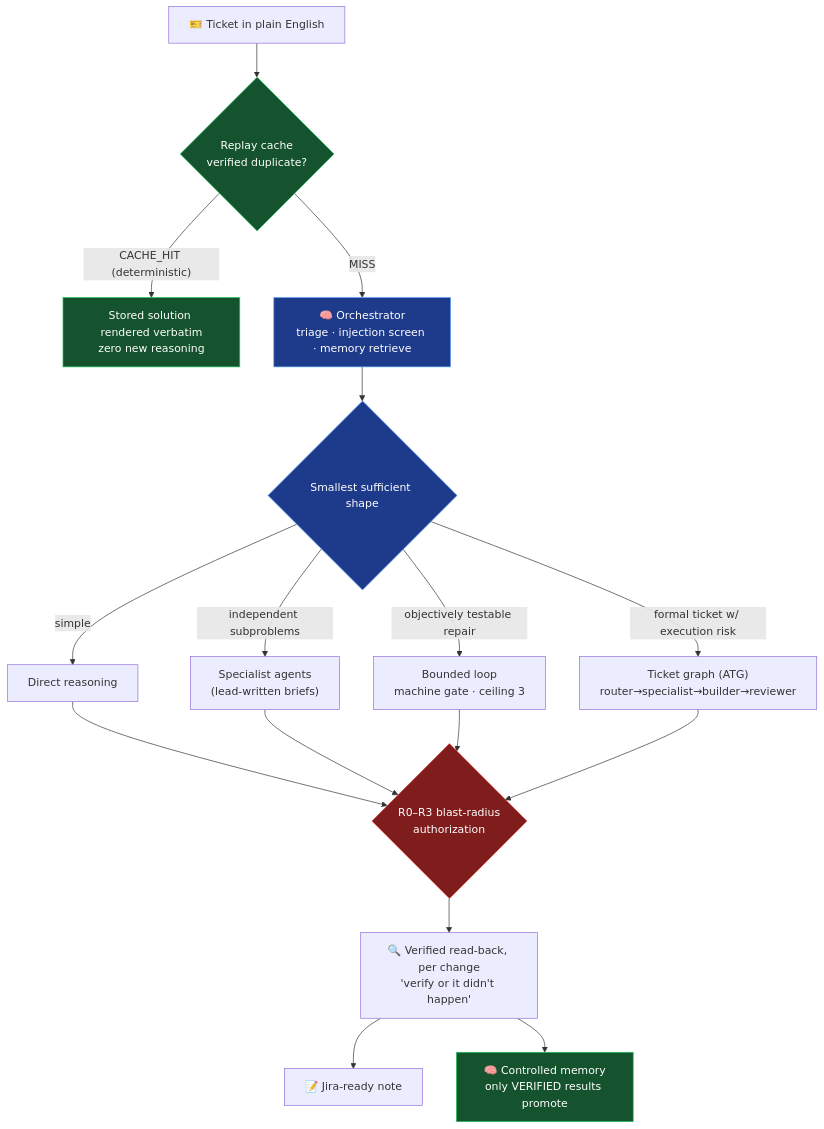
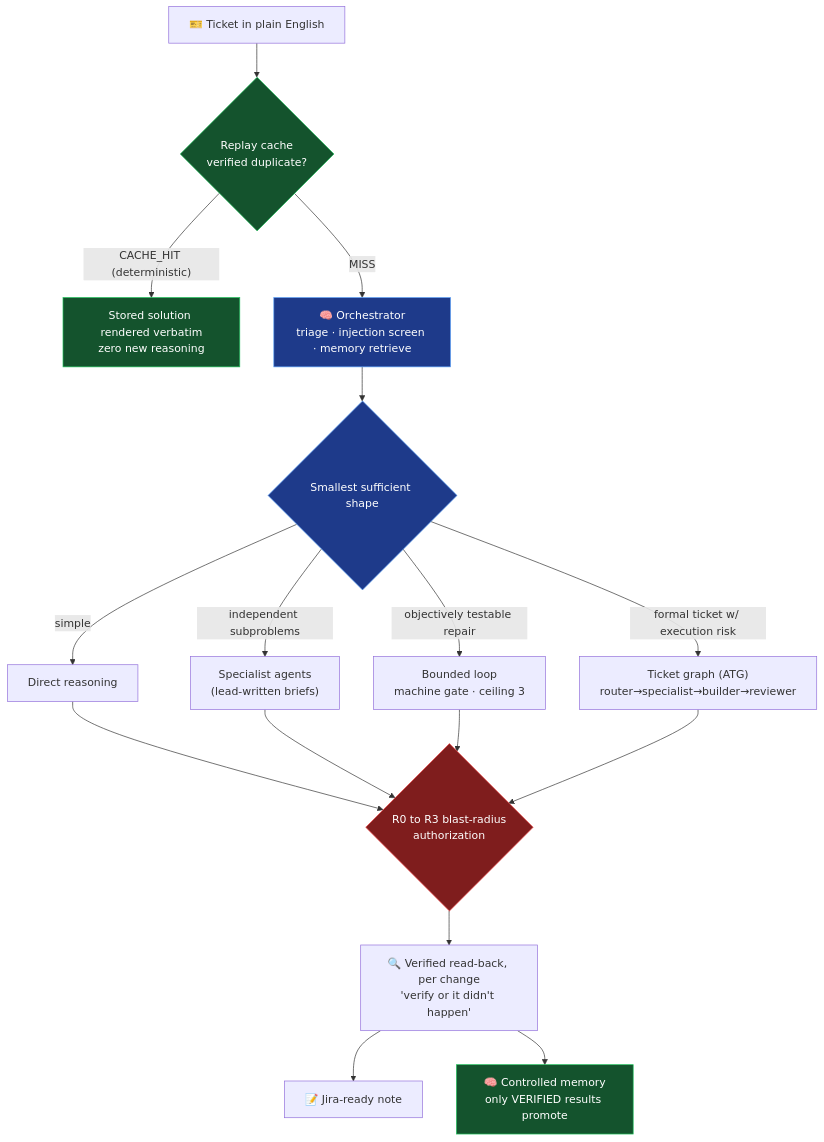
The diagram in README.md (qFermions/Aegis), drawn with Mermaid before and after one commit. The commit also changed other lines of this file and 5 other files, not shown here.

````diff
--- a/README.md
+++ b/README.md
@@ -73,25 +210,25 @@
 ```mermaid
 flowchart TD
     T["🎫 Ticket in plain English"] --> RP{"Replay cache<br>verified duplicate?"}
     RP -- "CACHE_HIT (deterministic)" --> REN["Stored solution rendered verbatim<br>zero new reasoning"]
     RP -- MISS --> B["🧠 Orchestrator<br>triage · injection screen · memory retrieve"]
     B --> S{"Smallest sufficient shape"}
     S -- "simple" --> D["Direct reasoning"]
     S -- "independent subproblems" --> A["Specialist agents<br>(lead-written briefs)"]
     S -- "objectively testable repair" --> L["Bounded loop<br>machine gate · ceiling 3"]
     S -- "formal ticket w/ execution risk" --> G["Ticket graph (ATG)<br>router→specialist→builder→reviewer"]
-    D --> R{"R0–R3 blast-radius<br>authorization"}
+    D --> R{"R0 to R3 blast-radius<br>authorization"}
     A --> R
     L --> R
     G --> R
     R --> V["🔍 Verified read-back, per change<br>'verify or it didn't happen'"]
     V --> J["📝 Jira-ready note"]
     V --> M["🧠 Controlled memory<br>only VERIFIED results promote"]
 
     classDef fast fill:#14532d,stroke:#22c55e,color:#ffffff
     classDef gate fill:#7f1d1d,stroke:#ef4444,color:#ffffff
     classDef brain fill:#1e3a8a,stroke:#60a5fa,color:#ffffff
     class RP,REN,M fast
     class R gate
     class B,S brain
 ```
````
